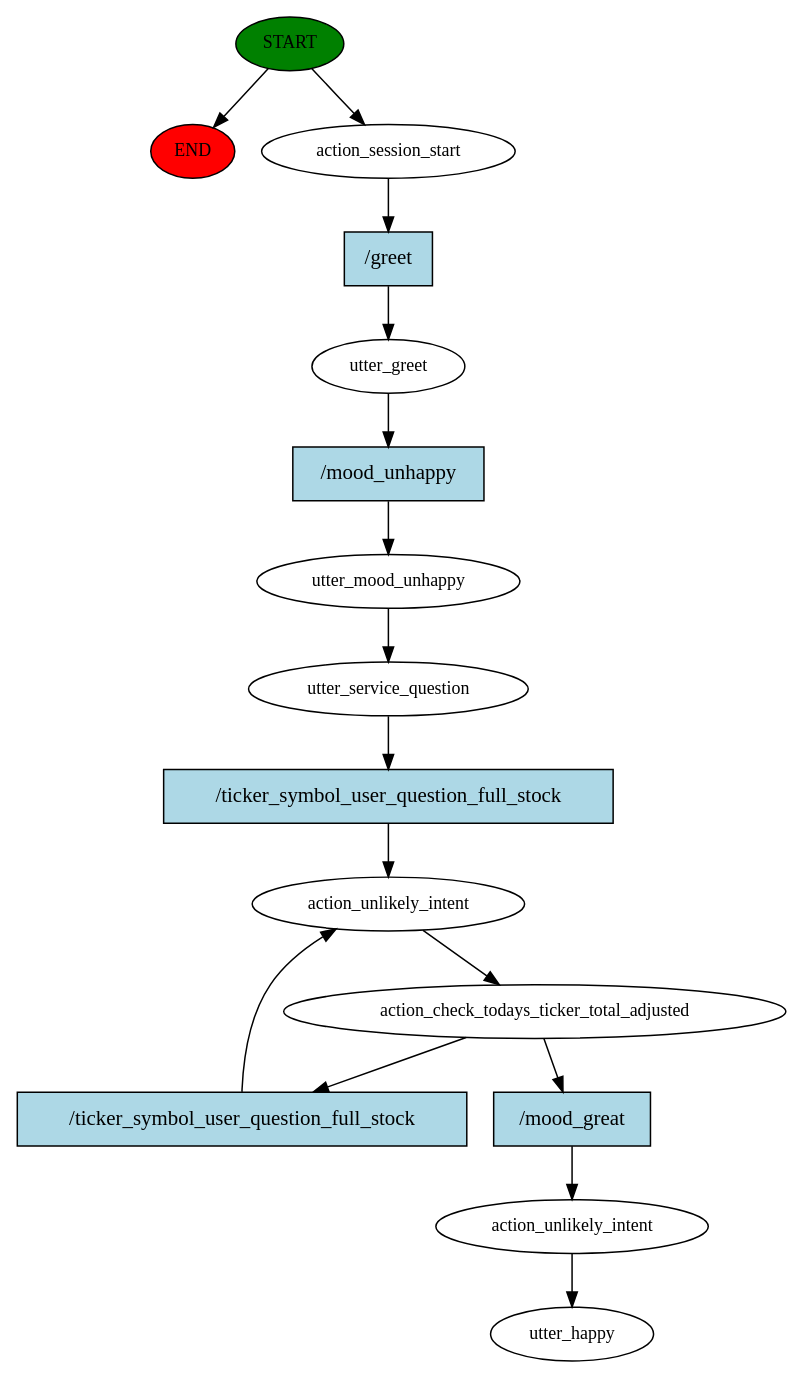
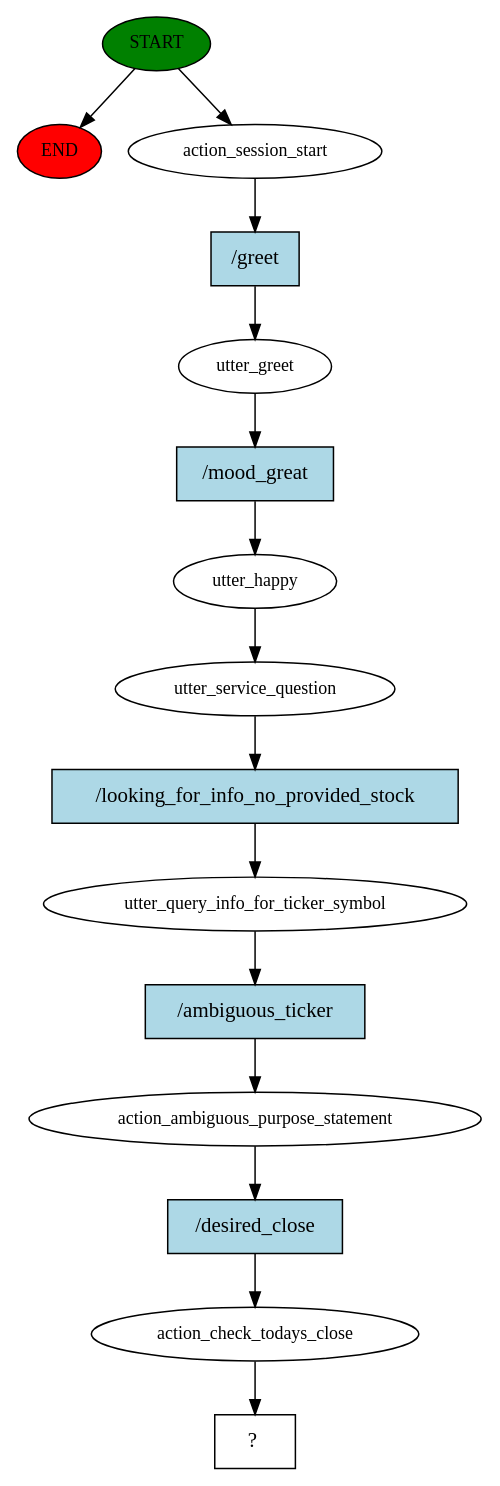
The diagram in story_graph.dot (pauljmello/ChatBot), drawn with Graphviz before and after one commit. The commit also changed 1228 other files, not shown here.

```diff
--- a/story_graph.dot
+++ b/story_graph.dot
@@ -1,32 +1,31 @@
 digraph  {
 0 [class="start active", fillcolor=green, fontsize=12, label=START, style=filled];
 "-1" [class=end, fillcolor=red, fontsize=12, label=END, style=filled];
 1 [class=active, fontsize=12, label=action_session_start];
 2 [class=active, fontsize=12, label=utter_greet];
-3 [class=active, fontsize=12, label=utter_mood_unhappy];
+3 [class=active, fontsize=12, label=utter_happy];
 4 [class=active, fontsize=12, label=utter_service_question];
-5 [class=active, fontsize=12, label=action_unlikely_intent];
-6 [class=active, fontsize=12, label=action_check_todays_ticker_total_adjusted];
-15 [class=active, fontsize=12, label=action_unlikely_intent];
-16 [class="dashed active", fontsize=12, label=utter_happy];
-17 [class="intent active", fillcolor=lightblue, label="/greet", shape=rect, style=filled];
-18 [class="intent active", fillcolor=lightblue, label="/mood_unhappy", shape=rect, style=filled];
-19 [class="intent active", fillcolor=lightblue, label="/ticker_symbol_user_question_full_stock", shape=rect, style=filled];
-20 [class="intent active", fillcolor=lightblue, label="/ticker_symbol_user_question_full_stock", shape=rect, style=filled];
-21 [class="intent active", fillcolor=lightblue, label="/mood_great", shape=rect, style=filled];
+5 [class=active, fontsize=12, label=utter_query_info_for_ticker_symbol];
+6 [class=active, fontsize=12, label=action_ambiguous_purpose_statement];
+7 [class=active, fontsize=12, label=action_check_todays_close];
+8 [class="intent dashed active", label="  ?  ", shape=rect];
+9 [class="intent active", fillcolor=lightblue, label="/greet", shape=rect, style=filled];
+10 [class="intent active", fillcolor=lightblue, label="/mood_great", shape=rect, style=filled];
+11 [class="intent active", fillcolor=lightblue, label="/looking_for_info_no_provided_stock", shape=rect, style=filled];
+12 [class="intent active", fillcolor=lightblue, label="/ambiguous_ticker", shape=rect, style=filled];
+13 [class="intent active", fillcolor=lightblue, label="/desired_close", shape=rect, style=filled];
 0 -> "-1"  [class="", key=NONE, label=""];
 0 -> 1  [class=active, key=NONE, label=""];
-1 -> 17  [class=active, key=0];
-2 -> 18  [class=active, key=0];
+1 -> 9  [class=active, key=0];
+2 -> 10  [class=active, key=0];
 3 -> 4  [class=active, key=NONE, label=""];
-4 -> 19  [class=active, key=0];
-5 -> 6  [class=active, key=NONE, label=""];
-6 -> 20  [class=active, key=0];
-6 -> 21  [class=active, key=0];
-15 -> 16  [class=active, key=NONE, label=""];
-17 -> 2  [class=active, key=0];
-18 -> 3  [class=active, key=0];
-19 -> 5  [class=active, key=0];
-20 -> 5  [class=active, key=0];
-21 -> 15  [class=active, key=0];
+4 -> 11  [class=active, key=0];
+5 -> 12  [class=active, key=0];
+6 -> 13  [class=active, key=0];
+7 -> 8  [class=active, key=NONE, label=""];
+9 -> 2  [class=active, key=0];
+10 -> 3  [class=active, key=0];
+11 -> 5  [class=active, key=0];
+12 -> 6  [class=active, key=0];
+13 -> 7  [class=active, key=0];
 }
```
